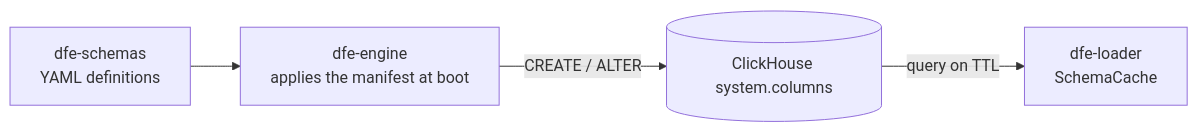
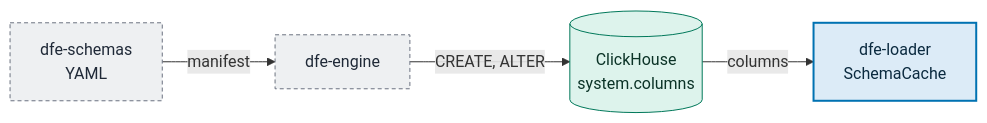
Before and after one commit to hyperi-io/dfe-loader: the diagram in docs/deployment/schemas.md, drawn with Mermaid. The commit also changed other lines of this file and 33 other files, not shown here.

First line of the commit message:
docs(loader): fix Eleven claims and redraw diagrams

````diff
--- a/docs/deployment/schemas.md
+++ b/docs/deployment/schemas.md
@@ -21,10 +23,22 @@
 ```mermaid
 flowchart LR
-    YAML["dfe-schemas<br/>YAML definitions"]
-    APPLY["dfe-engine<br/>applies the manifest at boot"]
-    CH[(ClickHouse system.columns)]
-    LOADER["dfe-loader<br/>SchemaCache"]
+    accTitle: L4 Detail -- Where a table's schema comes from
+    accDescr: dfe-schemas holds the YAML definitions. dfe-engine applies the manifest at boot with CREATE and ALTER statements. The loader reads the result from ClickHouse system.columns into its schema cache, again each time an entry expires.
 
-    YAML --> APPLY -->|CREATE / ALTER| CH
-    CH -->|query on TTL| LOADER
+    yaml["dfe-schemas<br/>YAML"]
+    engine["dfe-engine"]
+    clickhouse[("ClickHouse<br/>system.columns")]
+    loader["dfe-loader<br/>SchemaCache"]
+
+    yaml -->|manifest| engine
+    engine -->|CREATE, ALTER| clickhouse
+    clickhouse -->|columns| loader
+
+    classDef default fill:#F8FAFC,stroke:#64748B,stroke-width:1px,color:#0F172A
+    classDef core fill:#DCEBF7,stroke:#0072B2,stroke-width:2px,color:#0B2A3F
+    classDef store fill:#DDF3EC,stroke:#00785A,stroke-width:1px,color:#0B3327
+    classDef ext fill:#EEF0F2,stroke:#6B7280,stroke-width:1px,stroke-dasharray:4 3,color:#1F2937
+    class yaml,engine ext
+    class clickhouse store
+    class loader core
 ```
````
